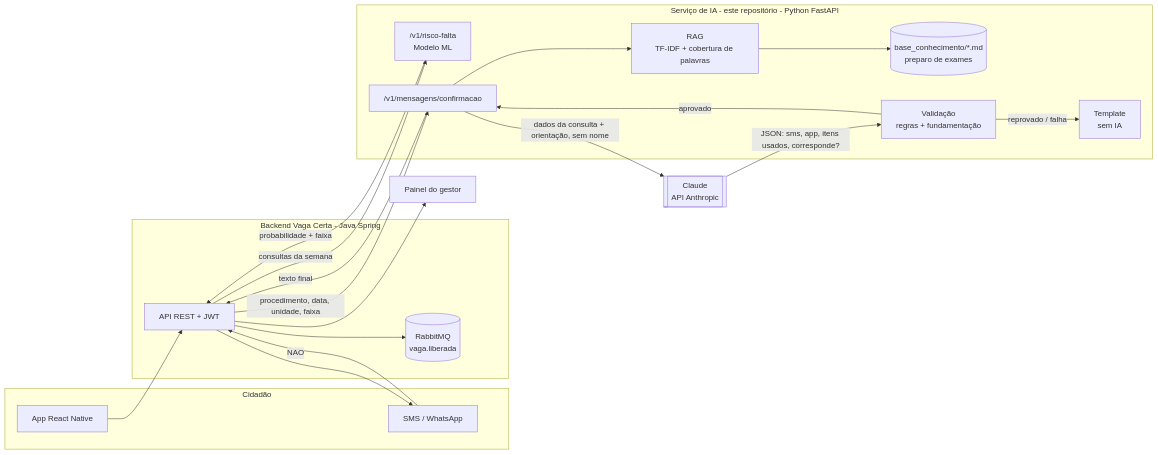
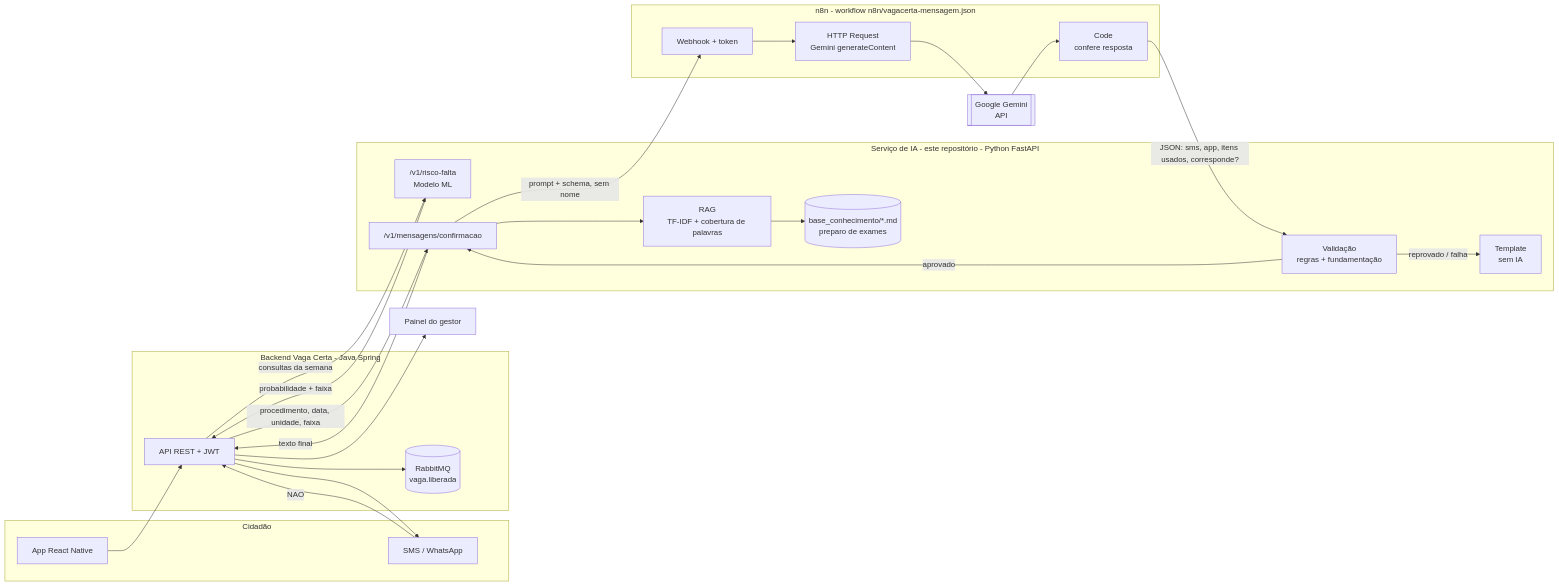
The diagram in README.md (Vinicius-R-Cardozo/cade-minha-consulta-ia), drawn with Mermaid before and after one commit. The commit also changed other lines of this file and 14 other files, not shown here.

First line of the commit message:
IA generativa passa a ser Google Gemini orquestrado por workflow n8n

````diff
--- a/README.md
+++ b/README.md
@@ -42,33 +42,39 @@
 ```mermaid
 flowchart LR
     subgraph Cidadao[Cidadão]
         APP[App React Native]
         SMS[SMS / WhatsApp]
     end
     subgraph Backend[Backend Vaga Certa - Java Spring]
         API_JAVA[API REST + JWT]
         RMQ[(RabbitMQ<br/>vaga.liberada)]
     end
     subgraph IA[Serviço de IA - este repositório - Python FastAPI]
         RISCO["/v1/risco-falta<br/>Modelo ML"]
         MSG["/v1/mensagens/confirmacao"]
         RAG[RAG<br/>TF-IDF + cobertura de palavras]
         KB[(base_conhecimento/*.md<br/>preparo de exames)]
         VAL[Validação<br/>regras + fundamentação]
         TPL[Template<br/>sem IA]
     end
-    CLAUDE[[Claude<br/>API Anthropic]]
+    subgraph N8N[n8n - workflow n8n/vagacerta-mensagem.json]
+        WH[Webhook + token]
+        GEM_CALL[HTTP Request<br/>Gemini generateContent]
+        CODE[Code<br/>confere resposta]
+    end
+    GEMINI[[Google Gemini<br/>API]]
     GESTOR[Painel do gestor]
 
     APP --> API_JAVA
     API_JAVA -- consultas da semana --> RISCO
     RISCO -- probabilidade + faixa --> API_JAVA --> GESTOR
     API_JAVA -- procedimento, data, unidade, faixa --> MSG
     MSG --> RAG --> KB
-    MSG -- dados da consulta + orientação, sem nome --> CLAUDE
-    CLAUDE -- JSON: sms, app, itens usados, corresponde? --> VAL
+    MSG -- prompt + schema, sem nome --> WH --> GEM_CALL --> GEMINI
+    GEMINI --> CODE
+    CODE -- JSON: sms, app, itens usados, corresponde? --> VAL
     VAL -- reprovado / falha --> TPL
     VAL -- aprovado --> MSG
     MSG -- texto final --> API_JAVA --> SMS
     SMS -- NAO --> API_JAVA --> RMQ
 ```
````
